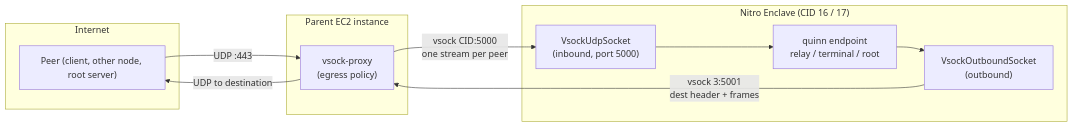
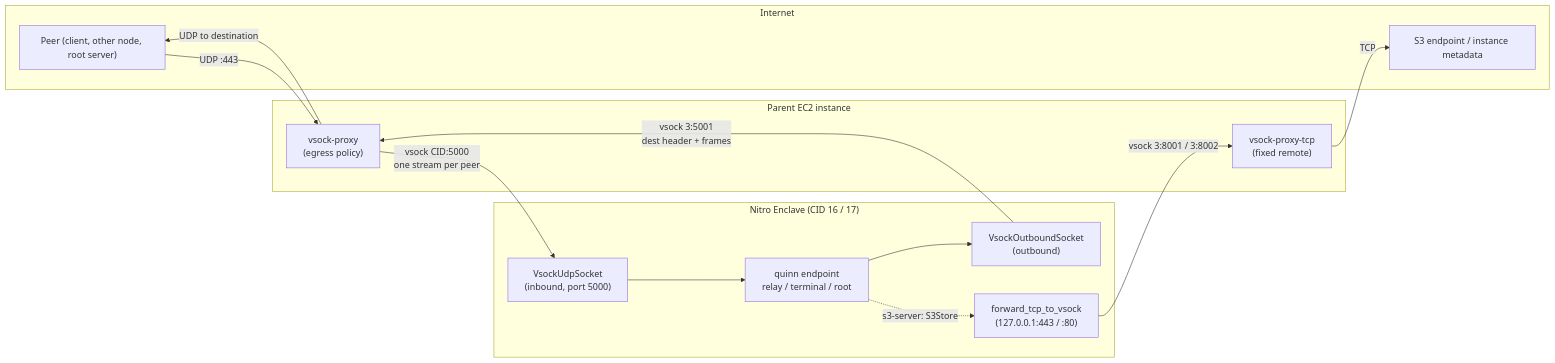
One commit to Lanetus/TTKServer changed the tenth of 11 diagrams in docs/src/ARCHITECTURE.md. Above: the diagram before and after it, drawn with Mermaid. The commit also changed other lines of this file and 14 other files, not shown here.

First line of the commit message:
feat: update the mdBook architecture docs to the current workspace (#94)

````diff
--- a/docs/src/ARCHITECTURE.md
+++ b/docs/src/ARCHITECTURE.md
@@ -430,23 +519,29 @@
 ```mermaid
 flowchart LR
     subgraph Internet
         P["Peer (client, other node, root server)"]
+        S3["S3 endpoint / instance metadata"]
     end
 
     subgraph Parent["Parent EC2 instance"]
         VP["vsock-proxy<br/>(egress policy)"]
+        VT["vsock-proxy-tcp<br/>(fixed remote)"]
     end
 
     subgraph Enclave["Nitro Enclave (CID 16 / 17)"]
         IN["VsockUdpSocket<br/>(inbound, port 5000)"]
         OUT["VsockOutboundSocket<br/>(outbound)"]
         Node["quinn endpoint<br/>relay / terminal / root"]
+        TCP["forward_tcp_to_vsock<br/>(127.0.0.1:443 / :80)"]
     end
 
     P -- "UDP :443" --> VP
     VP -- "vsock CID:5000<br/>one stream per peer" --> IN
     IN --> Node
     Node --> OUT
     OUT -- "vsock 3:5001<br/>dest header + frames" --> VP
     VP -- "UDP to destination" --> P
+    Node -. "s3-server: S3Store" .-> TCP
+    TCP -- "vsock 3:8001 / 3:8002" --> VT
+    VT -- "TCP" --> S3
 ```
````
